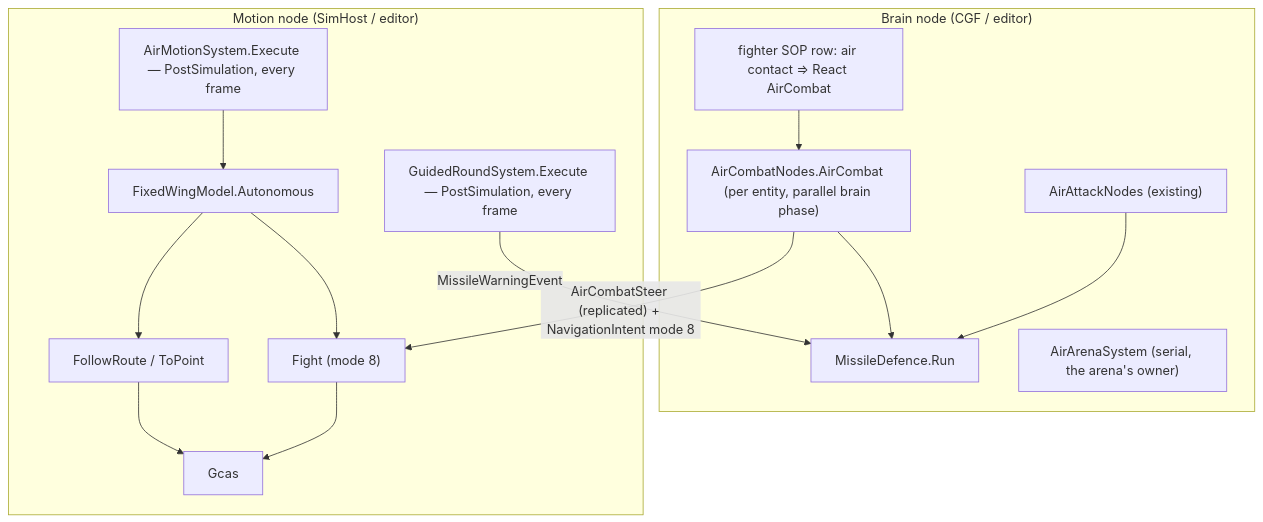
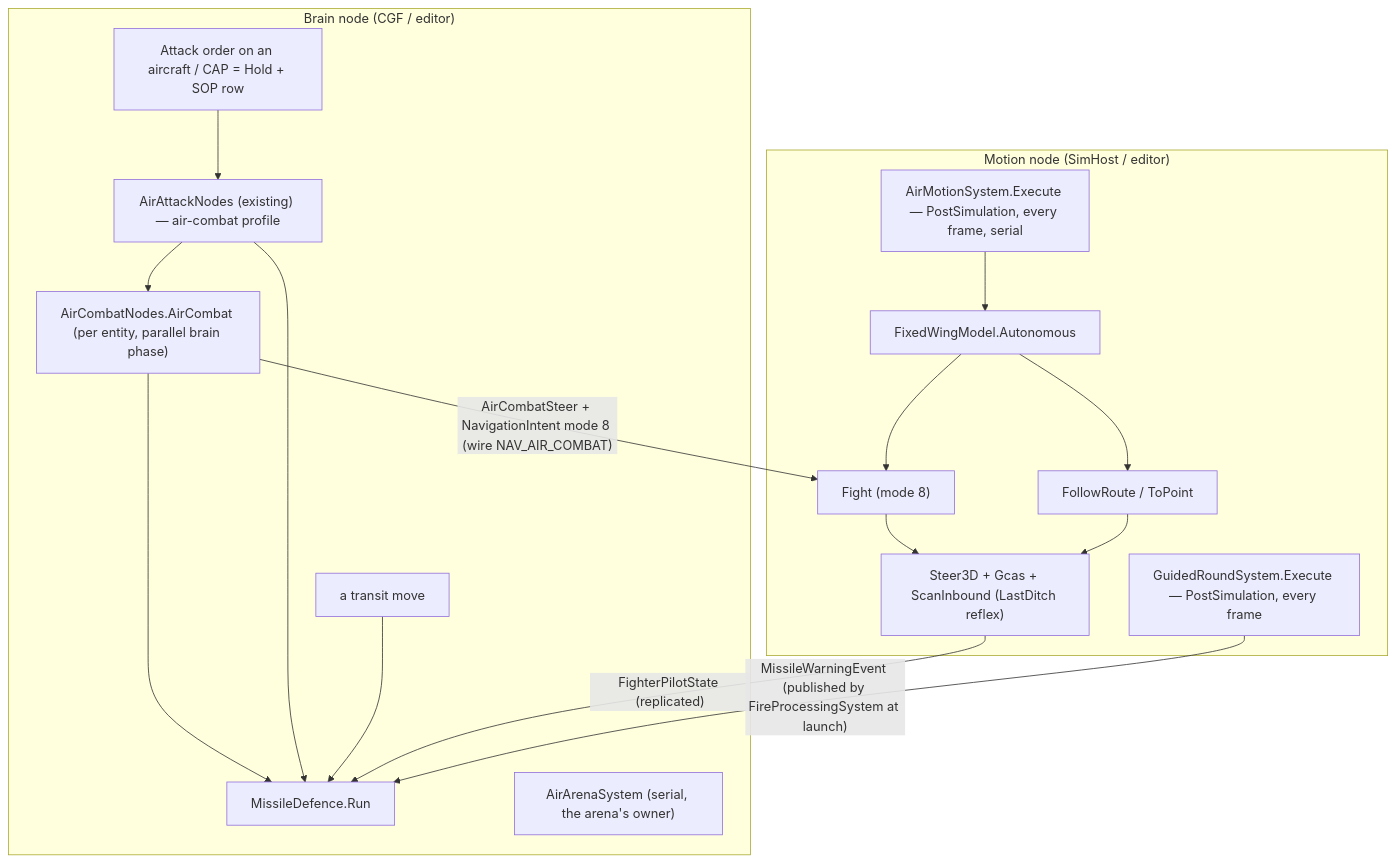
The second of 3 diagrams in docs/designs/air-attack/DESIGN_Air_Combat.md (pjanec/HROT), drawn with Mermaid before and after one commit. The commit also changed other lines of this file and 9 other files, not shown here.

First line of the commit message:
design: air combat review folded (R-4284) — READY-TO-BUILD; the air lane and its id blocks; reciprocal links

````diff
--- a/docs/designs/air-attack/DESIGN_Air_Combat.md
+++ b/docs/designs/air-attack/DESIGN_Air_Combat.md
@@ -146,19 +158,22 @@
 ```mermaid
 graph TD
   subgraph CGF["Brain node (CGF / editor)"]
-    SOP["fighter SOP row: air contact ⇒ React AirCombat"] --> AC["AirCombatNodes.AirCombat (per entity, parallel brain phase)"]
+    ORD["Attack order on an aircraft / CAP = Hold + SOP row"] --> AA["AirAttackNodes (existing) — air-combat profile"]
+    AA --> AC["AirCombatNodes.AirCombat (per entity, parallel brain phase)"]
     AC --> MD["MissileDefence.Run"]
-    AA["AirAttackNodes (existing)"] --> MD
+    AA --> MD
+    MOVE["a transit move"] --> MD
     AR["AirArenaSystem (serial, the arena's owner)"]
   end
   subgraph SIM["Motion node (SimHost / editor)"]
-    AMS["AirMotionSystem.Execute — PostSimulation, every frame"] --> FW["FixedWingModel.Autonomous"]
+    AMS["AirMotionSystem.Execute — PostSimulation, every frame, serial"] --> FW["FixedWingModel.Autonomous"]
     FW --> FIGHT["Fight (mode 8)"]
     FW --> ROUTE["FollowRoute / ToPoint"]
-    FIGHT --> GCAS["Gcas"]
-    ROUTE --> GCAS
+    FIGHT --> S3D["Steer3D + Gcas + ScanInbound (LastDitch reflex)"]
+    ROUTE --> S3D
     GRS["GuidedRoundSystem.Execute — PostSimulation, every frame"]
   end
-  AC -- "AirCombatSteer (replicated) + NavigationIntent mode 8" --> FIGHT
-  GRS -- "MissileWarningEvent" --> MD
+  AC -- "AirCombatSteer + NavigationIntent mode 8 (wire NAV_AIR_COMBAT)" --> FIGHT
+  S3D -- "FighterPilotState (replicated)" --> MD
+  GRS -- "MissileWarningEvent (published by FireProcessingSystem at launch)" --> MD
 ```
````
